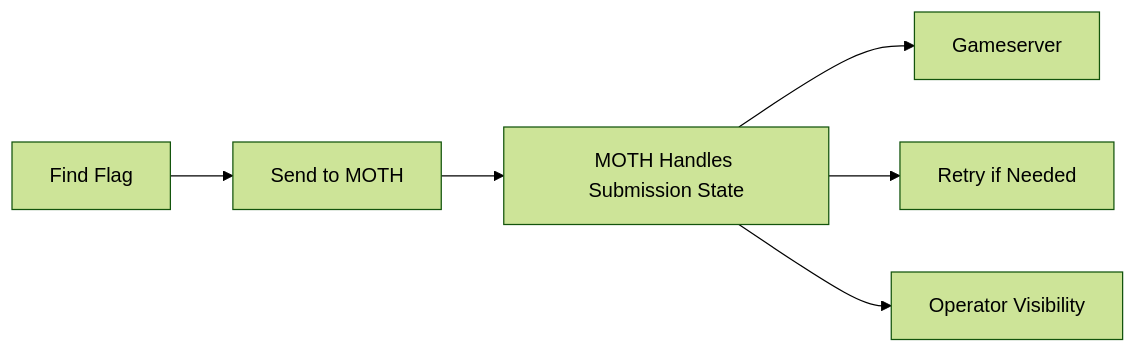
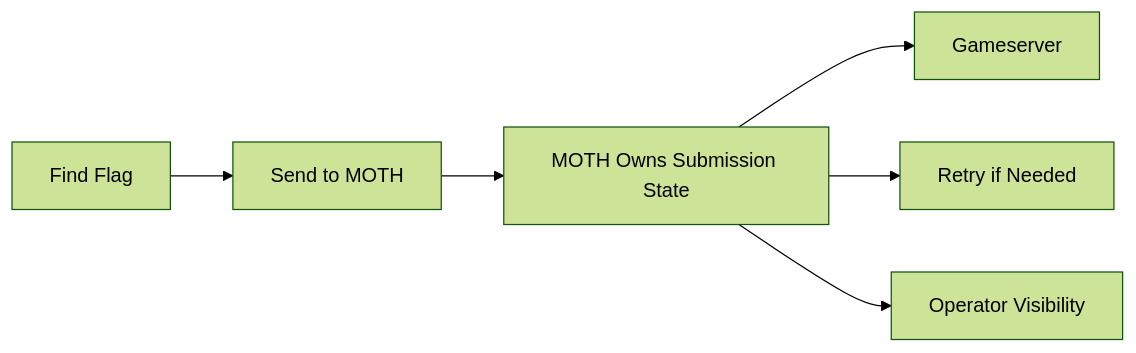
One commit to Denis-Krueger-labs/MOTH changed the third of 3 diagrams in README.md. Above: the diagram before and after it, drawn with Mermaid (forest theme). The commit also changed other lines of this file and 3 other files, not shown here.

````diff
--- a/README.md
+++ b/README.md
@@ -232,8 +333,8 @@
 ```mermaid
 flowchart LR
     A[Find Flag] --> B[Send to MOTH]
-    B --> C[MOTH Handles Submission State]
+    B --> C[MOTH Owns Submission State]
     C --> D[Gameserver]
     C --> E[Retry if Needed]
     C --> F[Operator Visibility]
 ```
````
